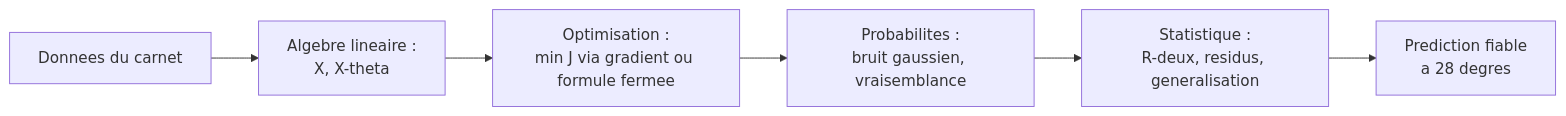
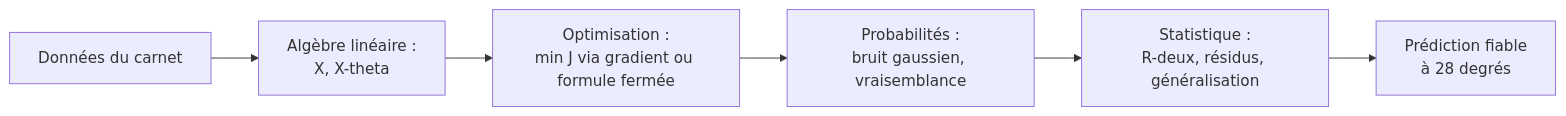
Before and after one commit to tanguychenier/Mathematiques-pour-le-Machine-Learning: the fifth of 5 diagrams in chapitres/01-introduction-et-motivation.md, drawn with Mermaid. The commit also changed other lines of this file and 2 other files, not shown here.

Commit message:
docs(ch1): apply audit fixes, explain "linear", and wire up three diagrams

````diff
--- a/chapitres/01-introduction-et-motivation.md
+++ b/chapitres/01-introduction-et-motivation.md
@@ -522,8 +538,8 @@
 ```mermaid
 flowchart LR
-    D[Donnees du carnet] --> AL[Algebre lineaire :<br/>X, X-theta]
-    AL --> OP[Optimisation :<br/>min J via gradient ou formule fermee]
-    OP --> PR[Probabilites :<br/>bruit gaussien, vraisemblance]
-    PR --> ST[Statistique :<br/>R-deux, residus, generalisation]
-    ST --> PRED[Prediction fiable<br/>a 28 degres]
+    D["Données du carnet"] --> AL["Algèbre linéaire :<br/>X, X-theta"]
+    AL --> OP["Optimisation :<br/>min J via gradient ou formule fermée"]
+    OP --> PR["Probabilités :<br/>bruit gaussien, vraisemblance"]
+    PR --> ST["Statistique :<br/>R-deux, résidus, généralisation"]
+    ST --> PRED["Prédiction fiable<br/>à 28 degrés"]
 ```
````
